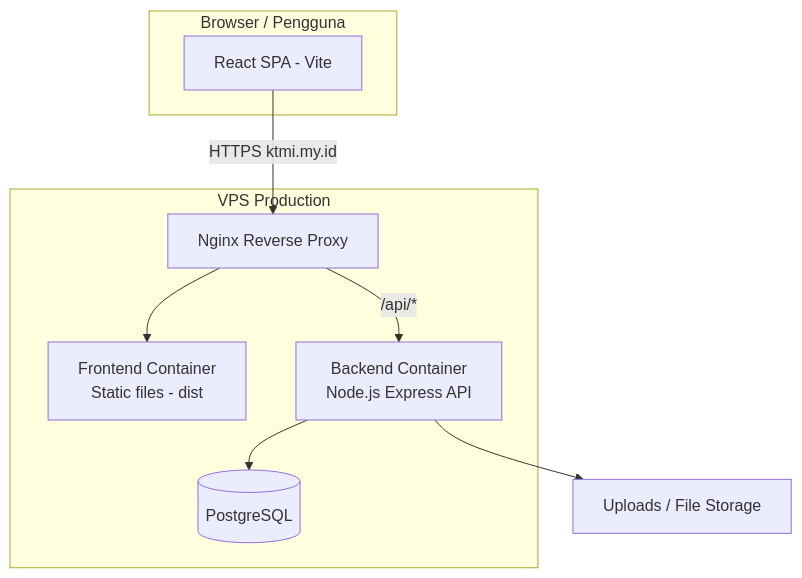
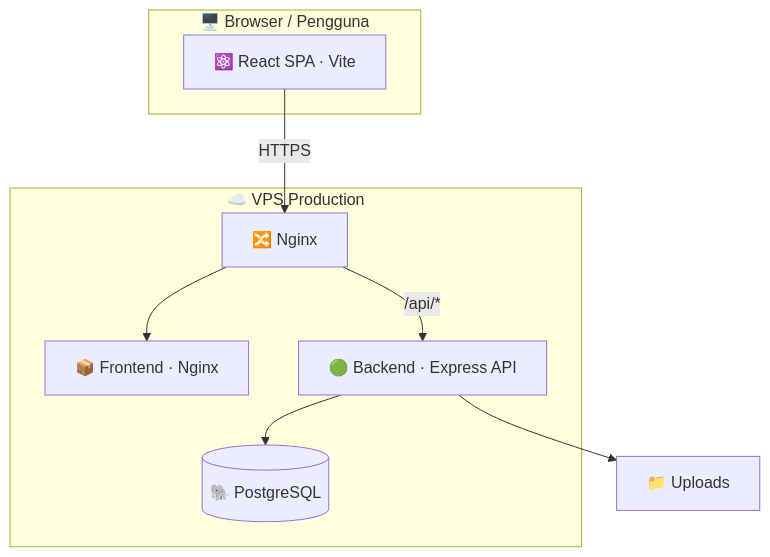
Before and after one commit to Hann000/Komunitas-Talenta-Mahasiswa-Indonesia: the first of 2 diagrams in README.md, drawn with Mermaid. The commit also changed other lines of this file, not shown here.

````diff
--- a/README.md
+++ b/README.md
@@ -74,19 +116,19 @@
 ```mermaid
 flowchart TB
-    subgraph Client["Browser / Pengguna"]
-        UI[React SPA - Vite]
+    subgraph Client["🖥️ Browser / Pengguna"]
+        UI["⚛️ React SPA · Vite"]
     end
 
-    subgraph Server["VPS Production"]
-        NGX[Nginx Reverse Proxy]
-        FE[Frontend Container<br/>Static files - dist]
-        BE[Backend Container<br/>Node.js Express API]
-        DB[(PostgreSQL)]
+    subgraph Server["☁️ VPS Production"]
+        NGX["🔀 Nginx"]
+        FE["📦 Frontend · Nginx"]
+        BE["🟢 Backend · Express API"]
+        DB[("🐘 PostgreSQL")]
     end
 
-    UI -->|HTTPS ktmi.my.id| NGX
+    UI -->|HTTPS| NGX
     NGX --> FE
     NGX -->|/api/*| BE
     BE --> DB
-    BE --> UP[Uploads / File Storage]
+    BE --> UP["📁 Uploads"]
 ```
````
